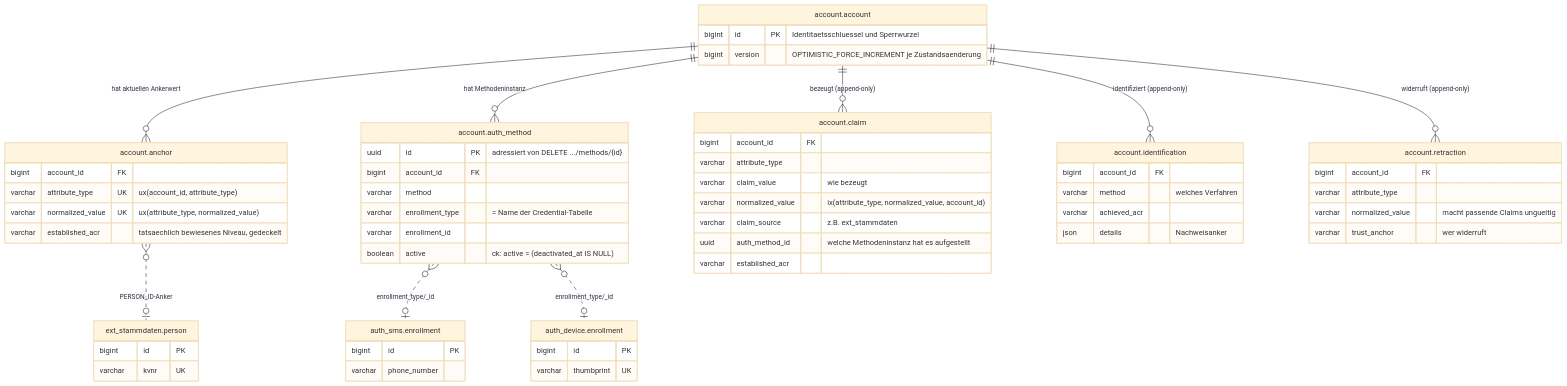
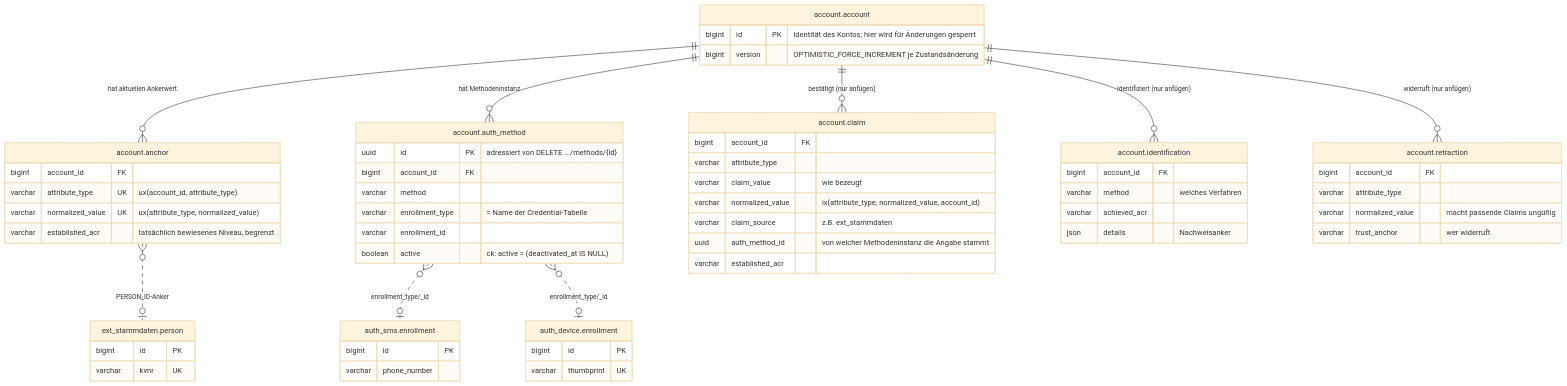
One commit to rpreissel/DPoP-demo changed the fourth of 5 diagrams in docs/02-domaenenmodell.md. Above: the diagram before and after it, drawn with Mermaid (base theme). The commit also changed other lines of this file and 19 other files, not shown here.

````diff
--- a/docs/02-domaenenmodell.md
+++ b/docs/02-domaenenmodell.md
@@ -168,63 +168,63 @@
 ```mermaid
 erDiagram
   account.account ||--o{ account.anchor : "hat aktuellen Ankerwert"
   account.account ||--o{ account.auth_method : "hat Methodeninstanz"
-  account.account ||--o{ account.claim : "bezeugt (append-only)"
-  account.account ||--o{ account.identification : "identifiziert (append-only)"
-  account.account ||--o{ account.retraction : "widerruft (append-only)"
+  account.account ||--o{ account.claim : "bestätigt (nur anfügen)"
+  account.account ||--o{ account.identification : "identifiziert (nur anfügen)"
+  account.account ||--o{ account.retraction : "widerruft (nur anfügen)"
   account.auth_method }o..o| auth_sms.enrollment : "enrollment_type/_id"
   account.auth_method }o..o| auth_device.enrollment : "enrollment_type/_id"
   account.anchor }o..o| ext_stammdaten.person : "PERSON_ID-Anker"
 
   account.account {
-    bigint id PK "Identitaetsschluessel und Sperrwurzel"
-    bigint version "OPTIMISTIC_FORCE_INCREMENT je Zustandsaenderung"
+    bigint id PK "Identität des Kontos; hier wird für Änderungen gesperrt"
+    bigint version "OPTIMISTIC_FORCE_INCREMENT je Zustandsänderung"
   }
   account.anchor {
     bigint account_id FK
     varchar attribute_type UK "ux(account_id, attribute_type)"
     varchar normalized_value UK "ux(attribute_type, normalized_value)"
-    varchar established_acr "tatsaechlich bewiesenes Niveau, gedeckelt"
+    varchar established_acr "tatsächlich bewiesenes Niveau, begrenzt"
   }
   account.auth_method {
     uuid id PK "adressiert von DELETE .../methods/{id}"
     bigint account_id FK
     varchar method
     varchar enrollment_type "= Name der Credential-Tabelle"
     varchar enrollment_id
     boolean active "ck: active = (deactivated_at IS NULL)"
   }
   account.claim {
     bigint account_id FK
     varchar attribute_type
     varchar claim_value "wie bezeugt"
     varchar normalized_value "ix(attribute_type, normalized_value, account_id)"
     varchar claim_source "z.B. ext_stammdaten"
-    uuid auth_method_id "welche Methodeninstanz hat es aufgestellt"
+    uuid auth_method_id "von welcher Methodeninstanz die Angabe stammt"
     varchar established_acr
   }
   account.retraction {
     bigint account_id FK
     varchar attribute_type
-    varchar normalized_value "macht passende Claims ungueltig"
+    varchar normalized_value "macht passende Claims ungültig"
     varchar trust_anchor "wer widerruft"
   }
   account.identification {
     bigint account_id FK
     varchar method "welches Verfahren"
     varchar achieved_acr
     json details "Nachweisanker"
   }
   auth_sms.enrollment {
     bigint id PK
     varchar phone_number
   }
   auth_device.enrollment {
     bigint id PK
     varchar thumbprint UK
   }
   ext_stammdaten.person {
     bigint id PK
     varchar kvnr UK
   }
 ```
````
